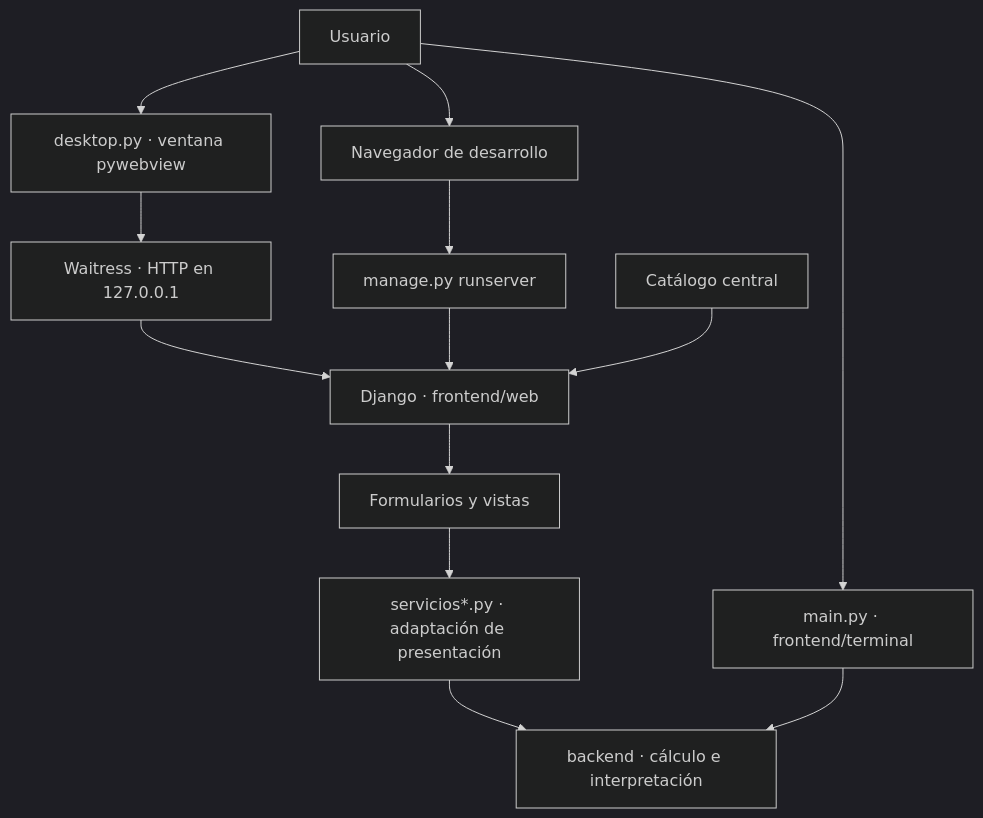
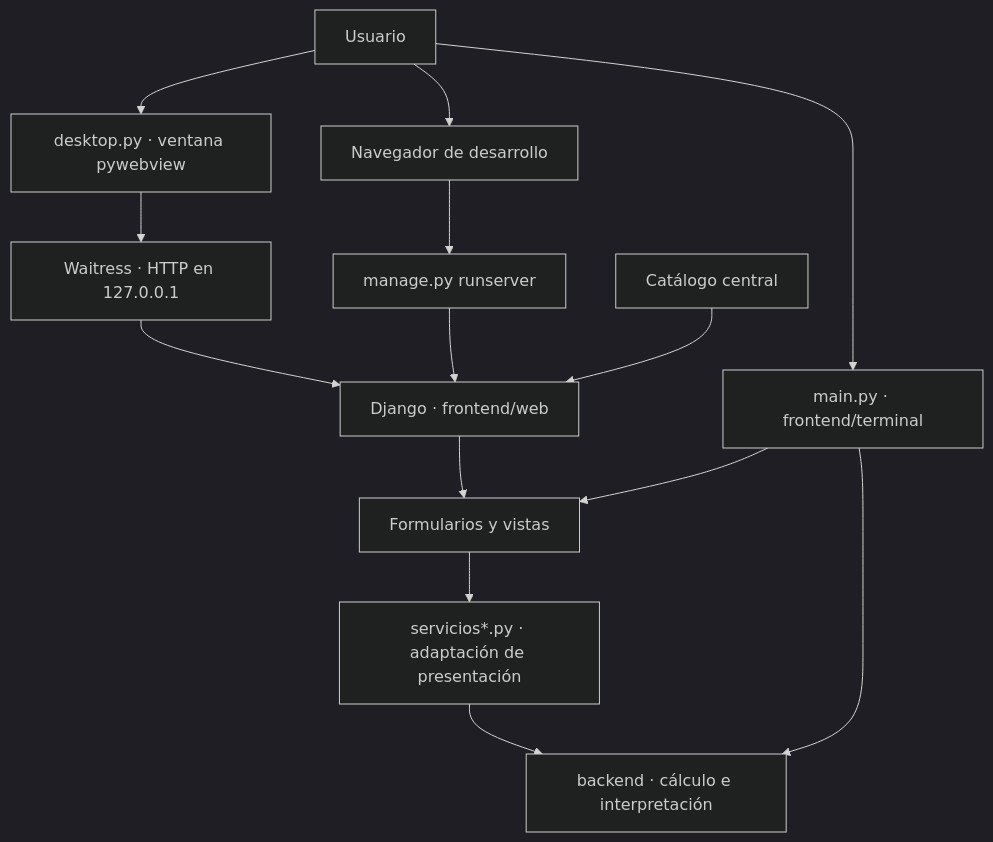
One commit to rodolfo-collado/Algebra-Lineal changed the diagram in docs/arquitectura.md. Above: the diagram before and after it, drawn with Mermaid (dark theme). The commit also changed other lines of this file and 11 other files, not shown here.

````diff
--- a/docs/arquitectura.md
+++ b/docs/arquitectura.md
@@ -10,15 +10,16 @@
 ```mermaid
 flowchart TD
     U[Usuario] --> T[main.py · frontend/terminal]
     U --> D[desktop.py · ventana pywebview]
     U --> N[Navegador de desarrollo]
     D --> W[Waitress · HTTP en 127.0.0.1]
     N --> R[manage.py runserver]
     W --> J[Django · frontend/web]
     R --> J
     J --> F[Formularios y vistas]
+    T --> F
     F --> S[servicios*.py · adaptación de presentación]
     S --> B[backend · cálculo e interpretación]
     T --> B
     C[Catálogo central] --> J
 ```
````
